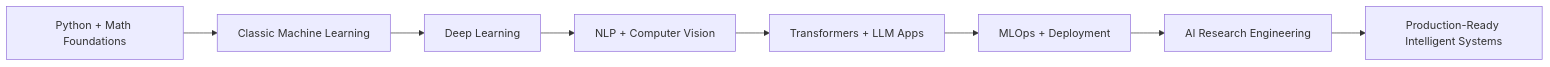
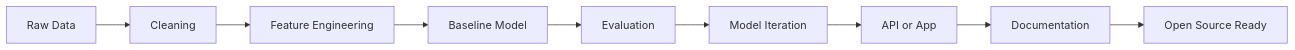
One commit to MaheshReddy-ML/Maheshreddy-ML changed the first of 2 diagrams in Readme.md. Above: the diagram before and after it, drawn with Mermaid. The commit also changed other lines of this file, not shown here.

````diff
--- a/Readme.md
+++ b/Readme.md
@@ -353,10 +397,11 @@
 ```mermaid
 flowchart LR
-    A[Python + Math Foundations] --> B[Classic Machine Learning]
-    B --> C[Deep Learning]
-    C --> D[NLP + Computer Vision]
-    D --> E[Transformers + LLM Apps]
-    E --> F[MLOps + Deployment]
-    F --> G[AI Research Engineering]
-    G --> H[Production-Ready Intelligent Systems]
+    A[Raw Data] --> B[Cleaning]
+    B --> C[Feature Engineering]
+    C --> D[Baseline Model]
+    D --> E[Evaluation]
+    E --> F[Model Iteration]
+    F --> G[API or App]
+    G --> H[Documentation]
+    H --> I[Open Source Ready]
 ```
````
